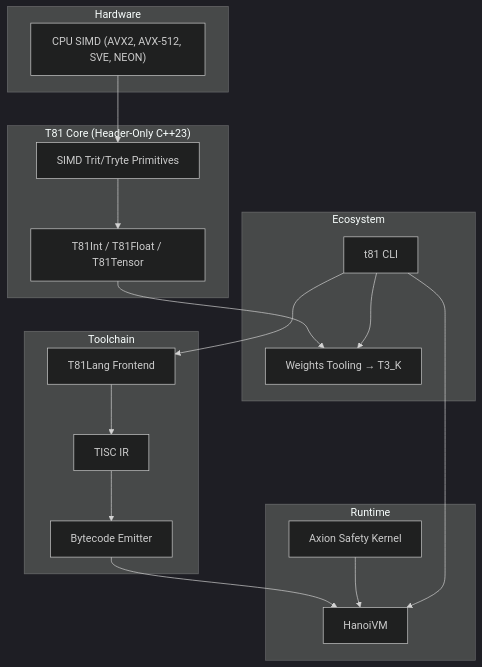
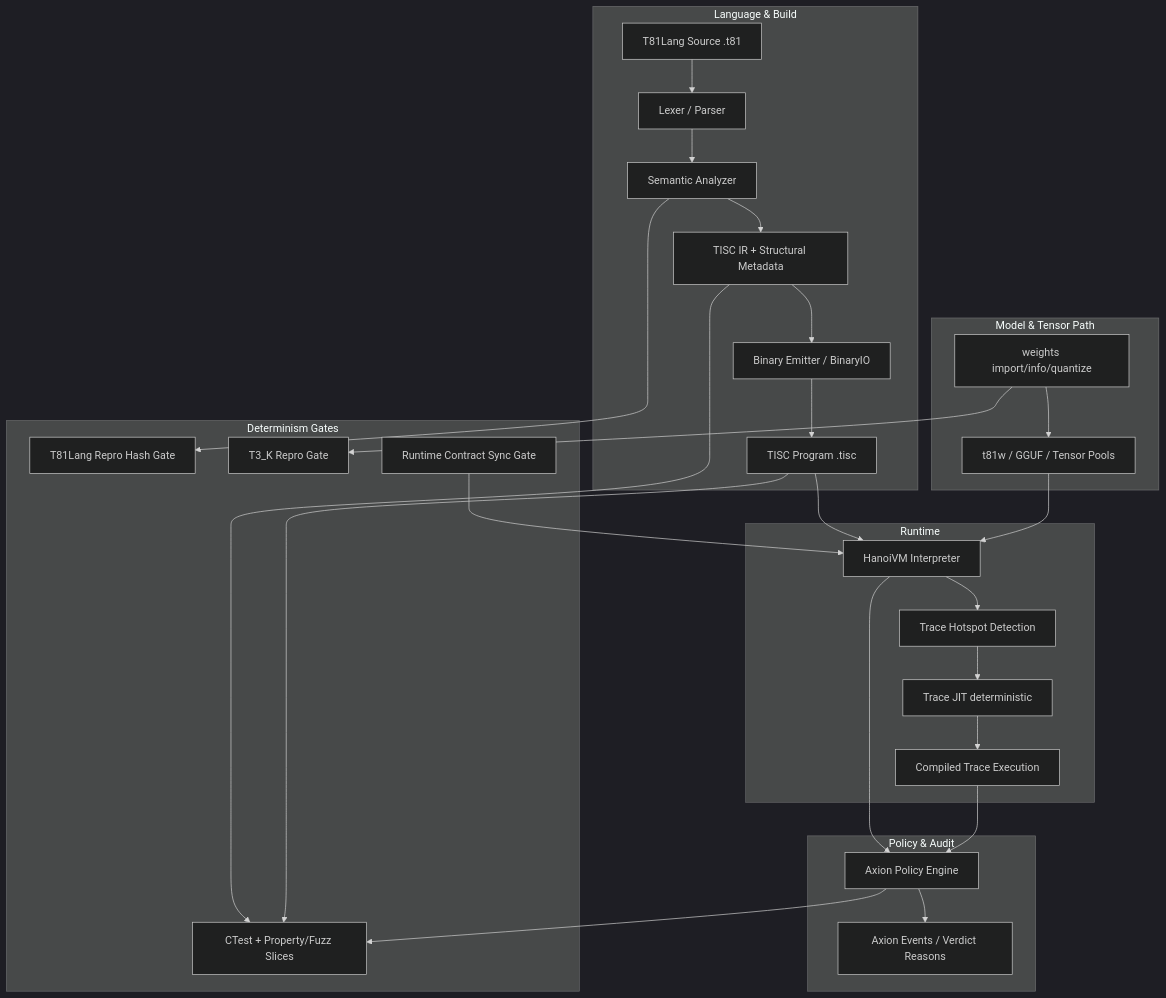
One commit to ryansctt1994-sudo/t81-foundation changed the diagram in README.md. Above: the diagram before and after it, drawn with Mermaid (dark theme). The commit also changed other lines of this file, not shown here.

````diff
--- a/README.md
+++ b/README.md
@@ -67,41 +26,42 @@
 ```mermaid
 graph TD
-    subgraph "Hardware"
-        A["CPU SIMD (AVX2, AVX-512, SVE, NEON)"]
+    subgraph Lang[Language & Build]
+      A[T81Lang Source .t81] --> B[Lexer / Parser]
+      B --> C[Semantic Analyzer]
+      C --> D[TISC IR + Structural Metadata]
+      D --> E[Binary Emitter / BinaryIO]
+      E --> F[TISC Program .tisc]
     end
 
-    subgraph "T81 Core (Header-Only C++23)"
-        B["T81Int / T81Float / T81Tensor"]
-        C["SIMD Trit/Tryte Primitives"]
+    subgraph Runtime[Runtime]
+      F --> G[HanoiVM Interpreter]
+      G --> H[Trace Hotspot Detection]
+      H --> I[Trace JIT deterministic]
+      I --> J[Compiled Trace Execution]
     end
 
-    subgraph "Toolchain"
-        E["T81Lang Frontend"]
-        F["TISC IR"]
-        G["Bytecode Emitter"]
+    subgraph Policy[Policy & Audit]
+      G --> K[Axion Policy Engine]
+      J --> K
+      K --> L[Axion Events / Verdict Reasons]
     end
 
-    subgraph "Runtime"
-        H["HanoiVM"]
-        I["Axion Safety Kernel"]
+    subgraph Data[Model & Tensor Path]
+      M[weights import/info/quantize] --> N[t81w / GGUF / Tensor Pools]
+      N --> G
     end
 
-    subgraph "Ecosystem"
-        J["t81 CLI"]
-        K["Weights Tooling → T3_K"]
+    subgraph Gates[Determinism Gates]
+      O[CTest + Property/Fuzz Slices]
+      P[T81Lang Repro Hash Gate]
+      Q[T3_K Repro Gate]
+      R[Runtime Contract Sync Gate]
     end
 
-    A --> C
-    C --> B
-    B --> K
-
-    E --> F
-    F --> G
-    G --> H
-
-    I --> H
-
-    J --> E
-    J --> H
-    J --> K
+    D --> O
+    F --> O
+    M --> Q
+    C --> P
+    K --> O
+    R --> G
 ```
````
